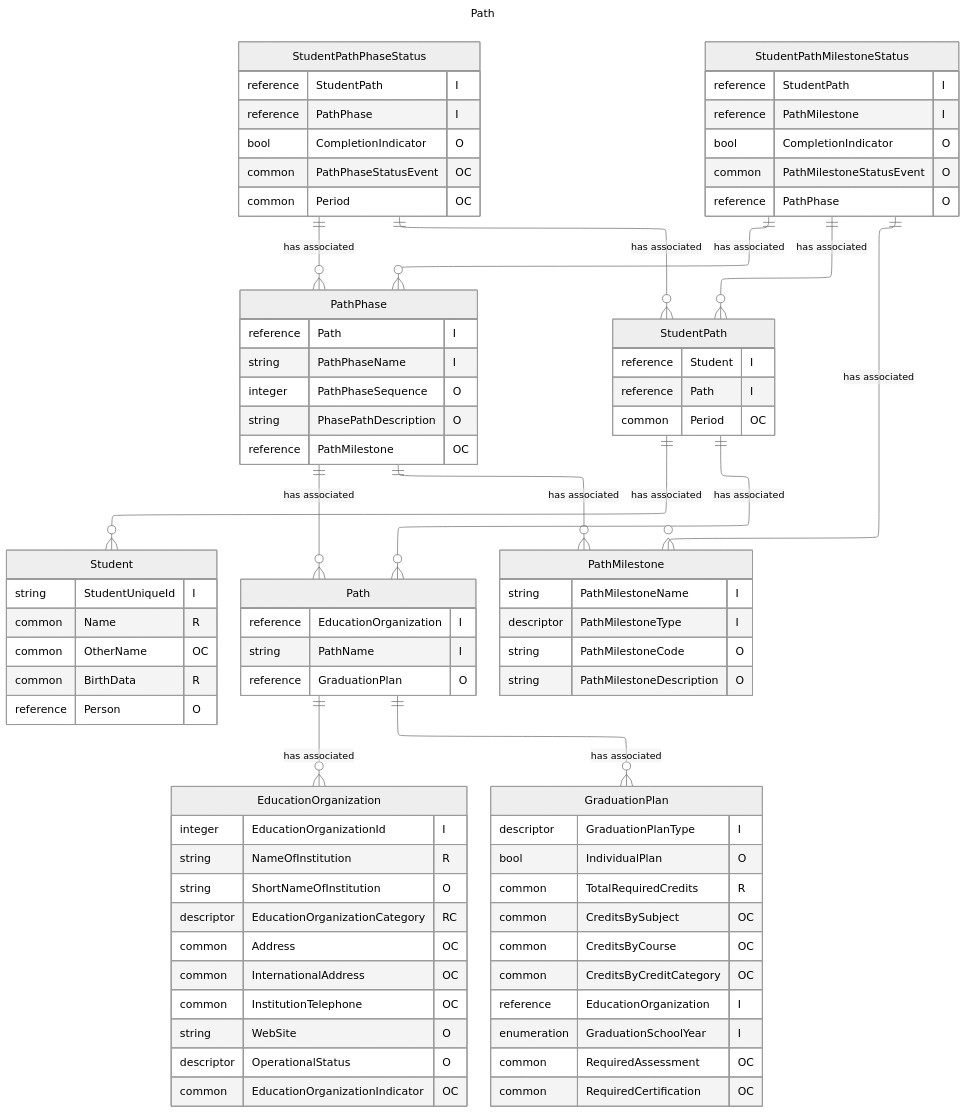
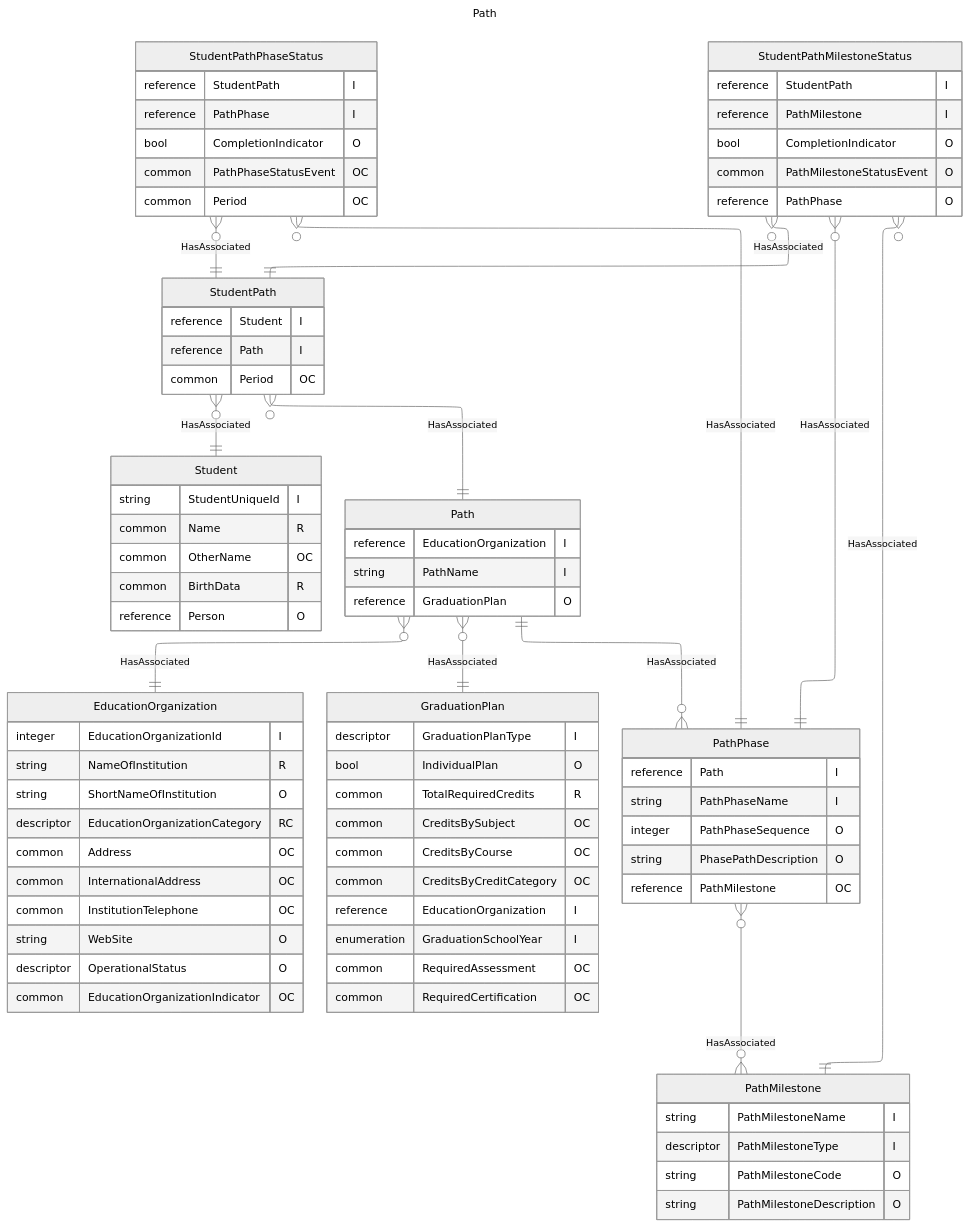
One commit to Ed-Fi-Alliance-OSS/Ed-Fi-Data-Standard changed the diagram in Models/Models/Path.mmd. Above: the diagram before and after it, drawn with Mermaid (neutral theme). The commit also changed 6 other files, not shown here.

```diff
--- a/Models/Models/Path.mmd
+++ b/Models/Models/Path.mmd
@@ -1,85 +1,85 @@
 ---
 title: Path
 config:
   layout: elk
 ---
 erDiagram
     Student {
         string StudentUniqueId "I"
         common Name "R"
         common OtherName "OC"
         common BirthData "R"
         reference Person "O"
     }
     EducationOrganization {
         integer EducationOrganizationId "I"
         string NameOfInstitution "R"
         string ShortNameOfInstitution "O"
         descriptor EducationOrganizationCategory "RC"
         common Address "OC"
         common InternationalAddress "OC"
         common InstitutionTelephone "OC"
         string WebSite "O"
         descriptor OperationalStatus "O"
         common EducationOrganizationIndicator "OC"
     }
     GraduationPlan {
         descriptor GraduationPlanType "I"
         bool IndividualPlan "O"
         common TotalRequiredCredits "R"
         common CreditsBySubject "OC"
         common CreditsByCourse "OC"
         common CreditsByCreditCategory "OC"
         reference EducationOrganization "I"
         enumeration GraduationSchoolYear "I"
         common RequiredAssessment "OC"
         common RequiredCertification "OC"
     }
     Path {
         reference EducationOrganization "I"
         string PathName "I"
         reference GraduationPlan "O"
     }
     PathPhase {
         reference Path "I"
         string PathPhaseName "I"
         integer PathPhaseSequence "O"
         string PhasePathDescription "O"
         reference PathMilestone "OC"
     }
     PathMilestone {
         string PathMilestoneName "I"
         descriptor PathMilestoneType "I"
         string PathMilestoneCode "O"
         string PathMilestoneDescription "O"
     }
     StudentPath {
         reference Student "I"
         reference Path "I"
         common Period "OC"
     }
     StudentPathPhaseStatus {
         reference StudentPath "I"
         reference PathPhase "I"
         bool CompletionIndicator "O"
         common PathPhaseStatusEvent "OC"
         common Period "OC"
     }
     StudentPathMilestoneStatus {
         reference StudentPath "I"
         reference PathMilestone "I"
         bool CompletionIndicator "O"
         common PathMilestoneStatusEvent "O"
         reference PathPhase "O"
     }
-    Path ||--o{ EducationOrganization : "has associated"
-    Path ||--o{ GraduationPlan : "has associated"
-    PathPhase ||--o{ Path : "has associated"
-    PathPhase ||--o{ PathMilestone : "has associated"
-    StudentPath ||--o{ Student : "has associated"
-    StudentPath ||--o{ Path : "has associated"
-    StudentPathPhaseStatus ||--o{ StudentPath : "has associated"
-    StudentPathPhaseStatus ||--o{ PathPhase : "has associated"
-    StudentPathMilestoneStatus ||--o{ StudentPath : "has associated"
-    StudentPathMilestoneStatus ||--o{ PathPhase : "has associated"
-    StudentPathMilestoneStatus ||--o{ PathMilestone : "has associated"
+    Path }o--|| EducationOrganization : "HasAssociated"
+    Path }o--|| GraduationPlan : "HasAssociated"
+    Path ||--o{ PathPhase : "HasAssociated"
+    PathPhase }o--o{ PathMilestone : "HasAssociated"
+    StudentPath }o--|| Student : "HasAssociated"
+    StudentPath }o--|| Path : "HasAssociated"
+    StudentPathPhaseStatus }o--|| StudentPath : "HasAssociated"
+    StudentPathPhaseStatus }o--|| PathPhase : "HasAssociated"
+    StudentPathMilestoneStatus }o--|| StudentPath : "HasAssociated"
+    StudentPathMilestoneStatus }o--|| PathPhase : "HasAssociated"
+    StudentPathMilestoneStatus }o--|| PathMilestone : "HasAssociated"
```
